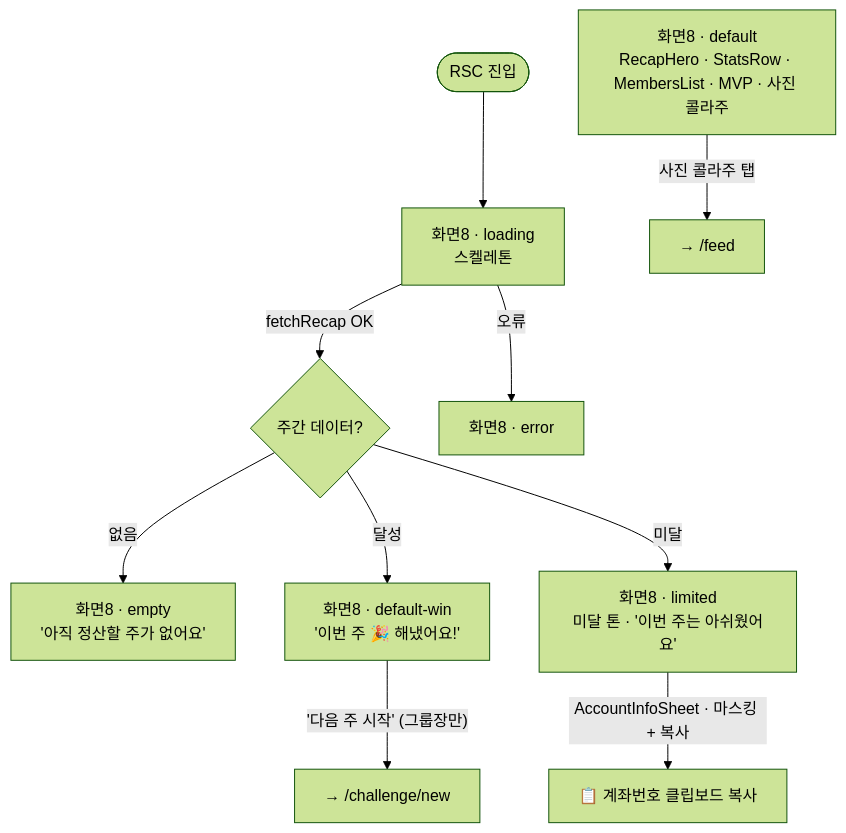
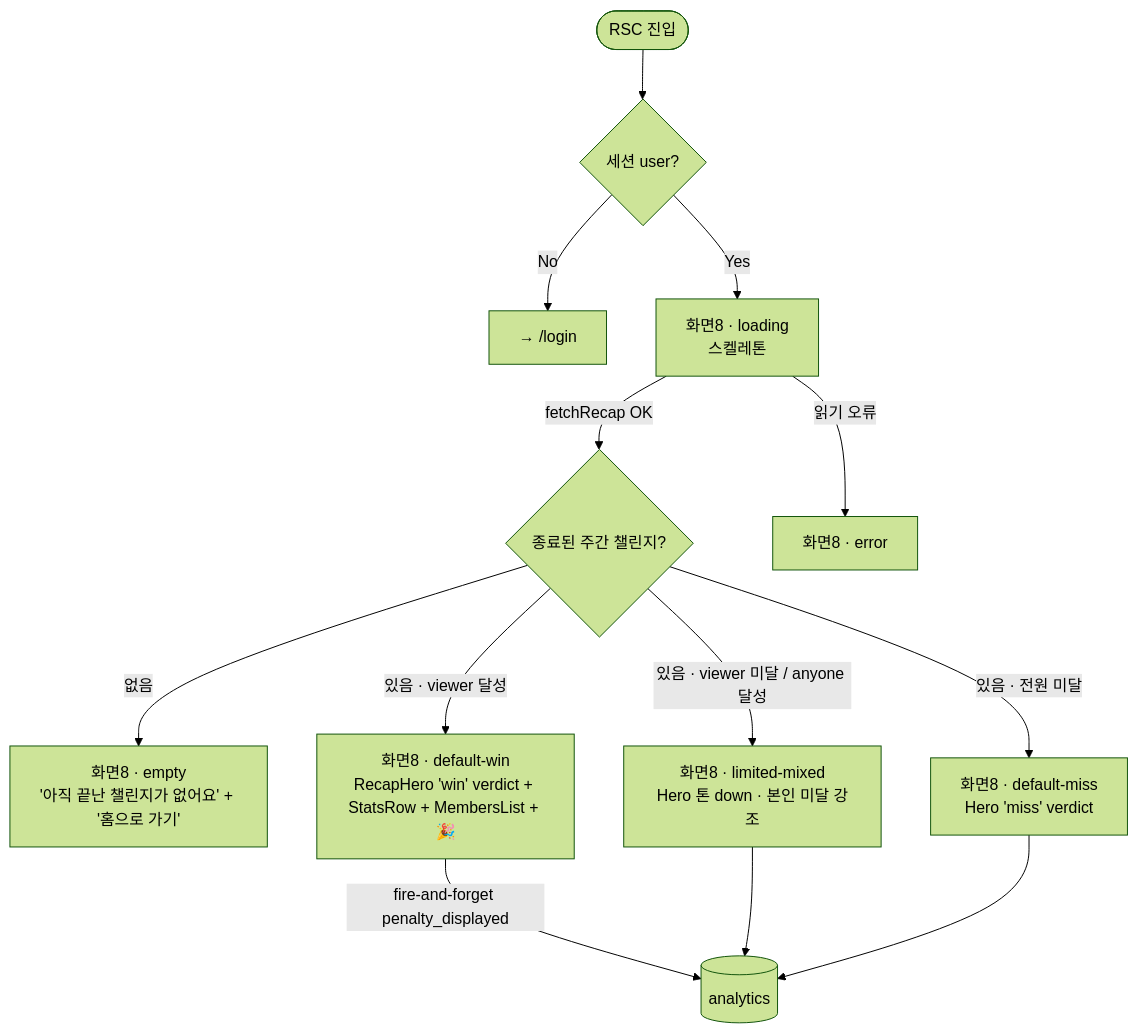
The fourth of 13 diagrams in docs/DESIGN_FLOW.md (pistachio8/with-key-app), drawn with Mermaid (forest theme) before and after one commit. The commit also changed other lines of this file, not shown here.

First line of the commit message:
docs(design-flow): sync v1.1 with multi-group / invite / proxy

````diff
--- a/docs/DESIGN_FLOW.md
+++ b/docs/DESIGN_FLOW.md
@@ -124,19 +156,16 @@
 ```mermaid
 flowchart TD
-  S8[화면8 · default<br/>RecapHero · StatsRow · MembersList · MVP · 사진 콜라주]
-  S8L[화면8 · loading<br/>스켈레톤]
-  S8EM[화면8 · empty<br/>'아직 정산할 주가 없어요']
-  S8LT[화면8 · limited<br/>미달 톤 · '이번 주는 아쉬웠어요']
-  S8W[화면8 · default-win<br/>'이번 주 🎉 해냈어요!']
+  Entry([RSC 진입]) --> AuthQ{세션 user?}
+  AuthQ -->|No| GoLogin[→ /login]
+  AuthQ -->|Yes| S8L[화면8 · loading<br/>스켈레톤]
+  S8L -->|fetchRecap OK| S8Q{종료된 주간 챌린지?}
+  S8L -->|읽기 오류| S8E[화면8 · error]
+  S8Q -->|없음| S8EM[화면8 · empty<br/>'아직 끝난 챌린지가 없어요' + '홈으로 가기']
+  S8Q -->|있음 · viewer 달성| S8W[화면8 · default-win<br/>RecapHero 'win' verdict + StatsRow + MembersList + 🎉]
+  S8Q -->|있음 · viewer 미달 / anyone 달성| S8LT[화면8 · limited-mixed<br/>Hero 톤 down · 본인 미달 강조]
+  S8Q -->|있음 · 전원 미달| S8MISS[화면8 · default-miss<br/>Hero 'miss' verdict]
 
-  Entry([RSC 진입]) --> S8L
-  S8L -->|fetchRecap OK| S8Q{주간 데이터?}
-  S8L -->|오류| S8E[화면8 · error]
-  S8Q -->|없음| S8EM
-  S8Q -->|달성| S8W
-  S8Q -->|미달| S8LT
-
-  S8W -- "'다음 주 시작' (그룹장만)" --> goS2[→ /challenge/new]
-  S8LT -- "AccountInfoSheet · 마스킹 + 복사" --> Copy[📋 계좌번호 클립보드 복사]
-  S8 -- "사진 콜라주 탭" --> S6go[→ /feed]
+  S8W -- "fire-and-forget penalty_displayed" --> S8analytics[(analytics)]
+  S8LT --> S8analytics
+  S8MISS --> S8analytics
 ```
````
